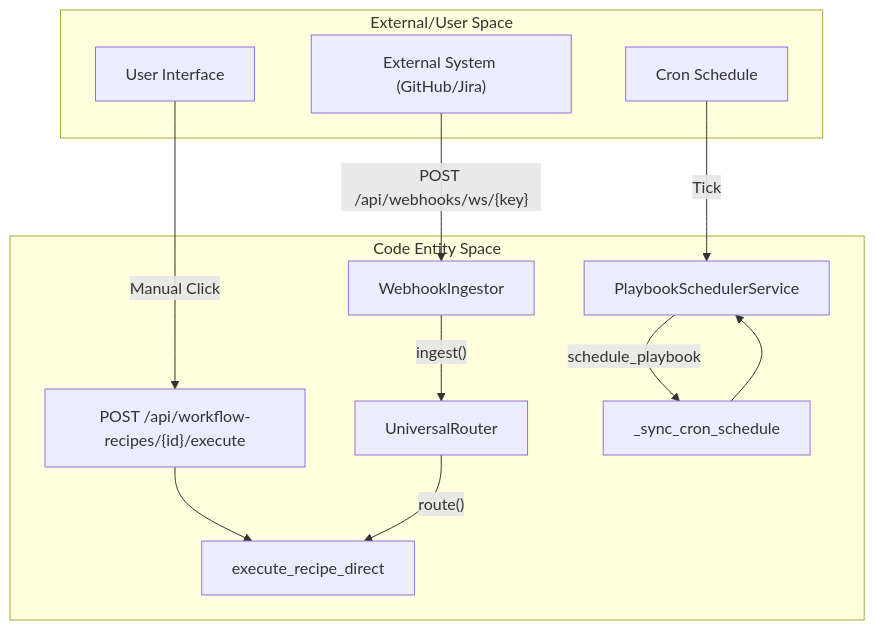
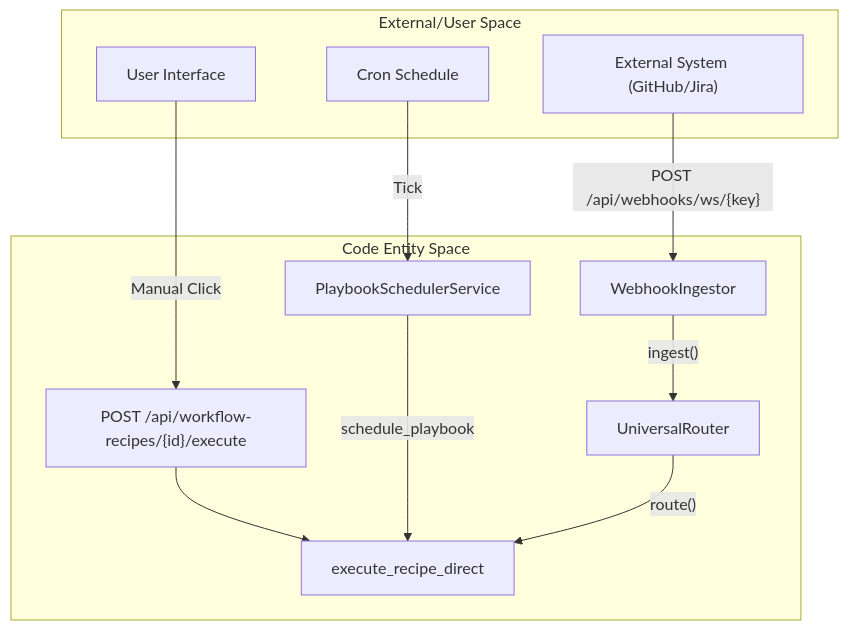
The diagram in docs/workflows-recipes/scheduling-triggers.md (AutomatosAI/automatos-ai), drawn with Mermaid before and after one commit. The commit also changed other lines of this file and 191 other files, not shown here.

````diff
--- a/docs/workflows-recipes/scheduling-triggers.md
+++ b/docs/workflows-recipes/scheduling-triggers.md
@@ -45,27 +62,25 @@
 ```mermaid
 graph TD
     subgraph "External/User Space"
         User["User Interface"]
         Timer["Cron Schedule"]
         Ext["External System (GitHub/Jira)"]
     end
 
     subgraph "Code Entity Space"
         API["POST /api/workflow-recipes/{id}/execute"]
         Sched["PlaybookSchedulerService"]
         Web["WebhookIngestor"]
         Router["UniversalRouter"]
         Exec["execute_recipe_direct"]
-        Sync["_sync_cron_schedule"]
     end
 
     User -->|"Manual Click"| API
     Timer -->|"Tick"| Sched
     Ext -->|"POST /api/webhooks/ws/{key}"| Web
     
     API --> Exec
-    Sched -->|"schedule_playbook"| Sync
-    Sync --> Sched
+    Sched -->|"schedule_playbook"| Exec
     Web -->|"ingest()"| Router
     Router -->|"route()"| Exec
 ```
````
